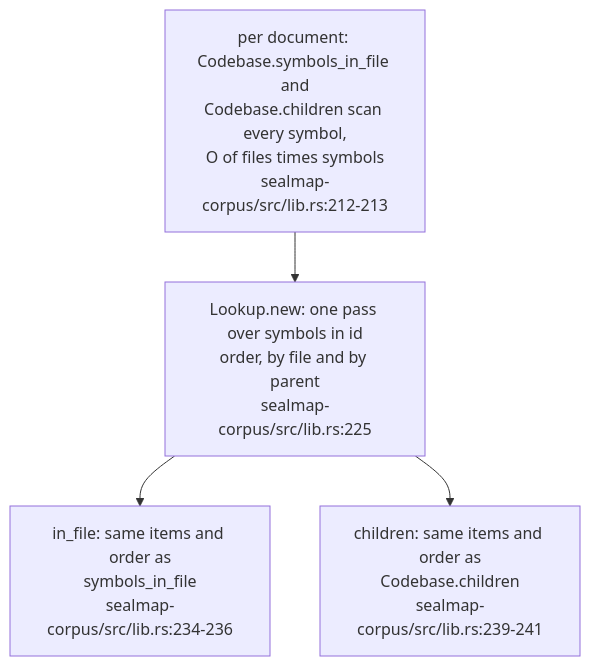
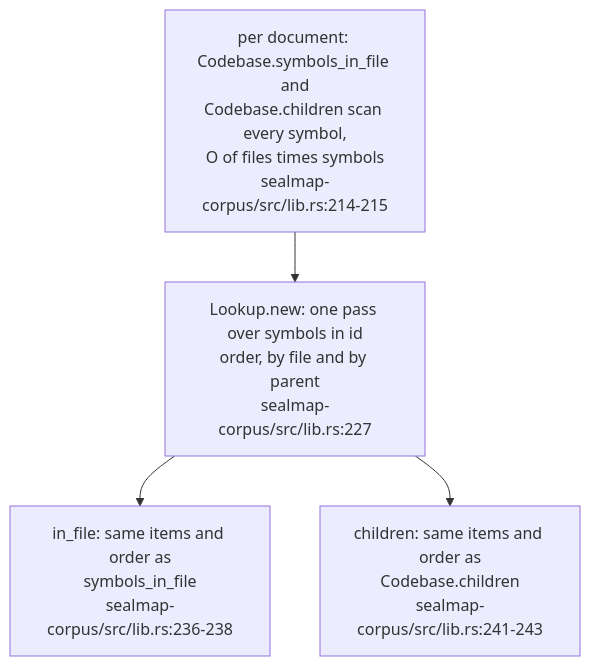
Before and after one commit to DreamLab-AI/codemaid: the fifth of 5 diagrams in docs/diagrams/corpus/01-generating-the-corpus-and-index.md, drawn with Mermaid. The commit also changed other lines of this file and 23 other files, not shown here.

````diff
--- a/docs/diagrams/corpus/01-generating-the-corpus-and-index.md
+++ b/docs/diagrams/corpus/01-generating-the-corpus-and-index.md
@@ -195,10 +195,10 @@
 ```mermaid
 flowchart TB
-    BEFORE["per document: Codebase.symbols_in_file and<br/>Codebase.children scan every symbol,<br/>O of files times symbols<br/>sealmap-corpus/src/lib.rs:212-213"]
-    LK["Lookup.new: one pass over symbols in id<br/>order, by file and by parent<br/>sealmap-corpus/src/lib.rs:225"]
-    IF["in_file: same items and order as<br/>symbols_in_file<br/>sealmap-corpus/src/lib.rs:234-236"]
-    CH["children: same items and order as<br/>Codebase.children<br/>sealmap-corpus/src/lib.rs:239-241"]
+    BEFORE["per document: Codebase.symbols_in_file and<br/>Codebase.children scan every symbol,<br/>O of files times symbols<br/>sealmap-corpus/src/lib.rs:214-215"]
+    LK["Lookup.new: one pass over symbols in id<br/>order, by file and by parent<br/>sealmap-corpus/src/lib.rs:227"]
+    IF["in_file: same items and order as<br/>symbols_in_file<br/>sealmap-corpus/src/lib.rs:236-238"]
+    CH["children: same items and order as<br/>Codebase.children<br/>sealmap-corpus/src/lib.rs:241-243"]
     BEFORE --> LK
     LK --> IF
     LK --> CH
 ```
````
